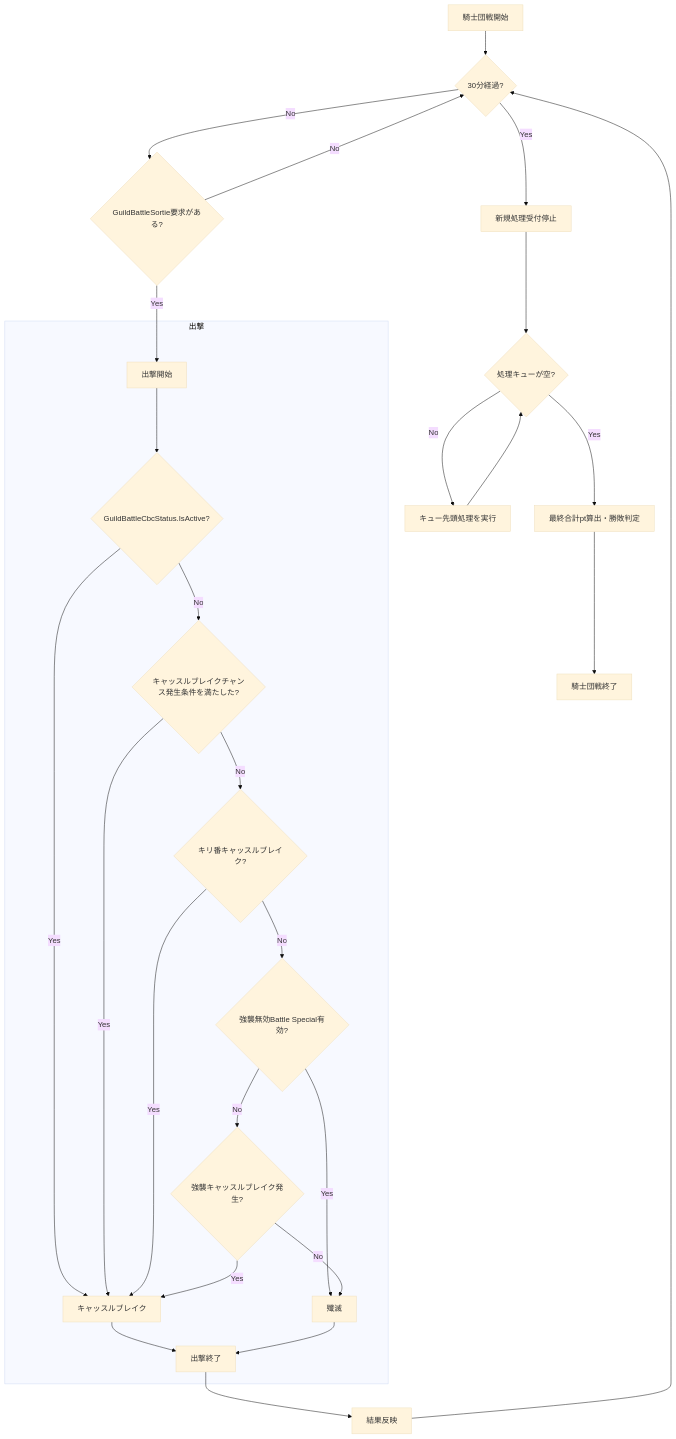
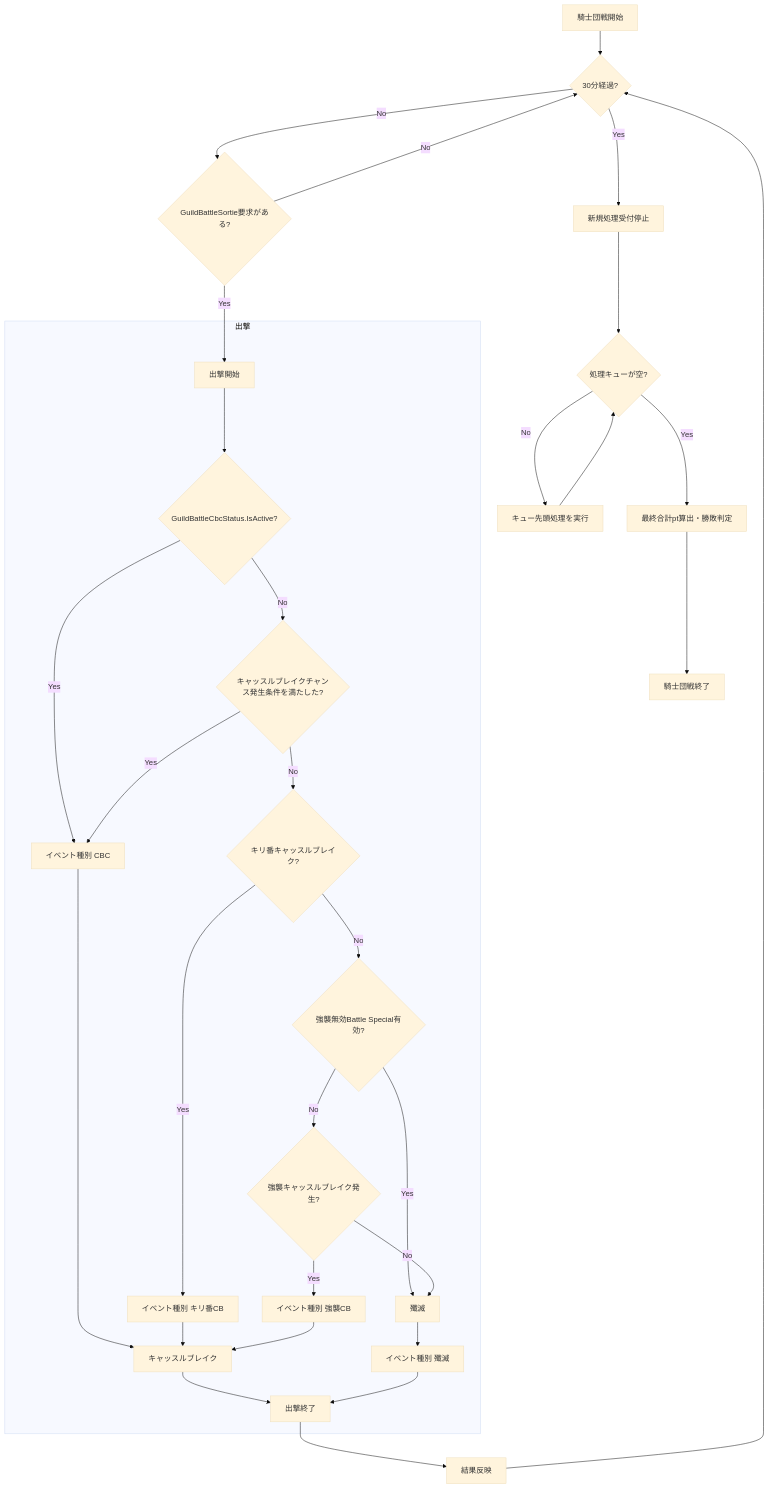
One commit to ReHydrangeaOdyssey/Specifications changed the first of 4 diagrams in design/game/guild_battle.md. Above: the diagram before and after it, drawn with Mermaid (base theme). The commit also changed other lines of this file and 16 other files, not shown here.

````diff
--- a/design/game/guild_battle.md
+++ b/design/game/guild_battle.md
@@ -5,51 +5,55 @@
 ```mermaid
 flowchart TD;
     Start[騎士団戦開始];
     ChackTimeLimit{30分経過?};
     ChackAttack{GuildBattleSortie要求がある?};
     CheckCBC{GuildBattleCbcStatus.IsActive?};
     CheckCBCCondition{キャッスルブレイクチャンス発生条件を満たした?};
     Reflected[結果反映];
     StopAccept[新規処理受付停止];
     CheckQueue{処理キューが空?};
     ResolveQueue[キュー先頭処理を実行];
     Judgment[最終合計pt算出・勝敗判定];
     End[騎士団戦終了];
     StartPlayerAttack[出撃開始];
     EndPlayerAttack[出撃終了];
     CB[キャッスルブレイク];
 
     Start --> ChackTimeLimit;
     ChackTimeLimit -- Yes --> StopAccept;
     StopAccept --> CheckQueue;
     CheckQueue -- No --> ResolveQueue;
     ResolveQueue --> CheckQueue;
     CheckQueue -- Yes --> Judgment;
     Judgment --> End;
     ChackTimeLimit -- No --> ChackAttack;
     ChackAttack -- Yes --> StartPlayerAttack;
     ChackAttack -- No --> ChackTimeLimit;
     EndPlayerAttack --> Reflected;
     Reflected --> ChackTimeLimit
 
     subgraph 出撃
         CheckChain{キリ番キャッスルブレイク?};
         CheckAssaultDisable{強襲無効Battle Special有効?};
         CheckCB{強襲キャッスルブレイク発生?};
         Attack[殲滅];
 
         StartPlayerAttack --> CheckCBC;        
-        CheckCBC -- Yes --> CB;
+        CheckCBC -- Yes --> CBChance[イベント種別 CBC];
+        CBChance --> CB;
         CheckCBC -- No --> CheckCBCCondition;
-        CheckCBCCondition -- Yes --> CB;
+        CheckCBCCondition -- Yes --> CBChance;
         CheckCBCCondition -- No --> CheckChain;
-        CheckChain -- Yes --> CB;
+        CheckChain -- Yes --> CBNumbered[イベント種別 キリ番CB];
+        CBNumbered --> CB;
         CheckChain -- No --> CheckAssaultDisable;
         CheckAssaultDisable -- Yes --> Attack;
         CheckAssaultDisable -- No --> CheckCB;
-        CheckCB -- Yes --> CB;
+        CheckCB -- Yes --> CBAssault[イベント種別 強襲CB];
+        CBAssault --> CB;
         CheckCB -- No --> Attack;
+        Attack --> SetAnnihilation[イベント種別 殲滅];
         CB --> EndPlayerAttack;
-        Attack --> EndPlayerAttack;
+        SetAnnihilation --> EndPlayerAttack;
     end
 ```
````
